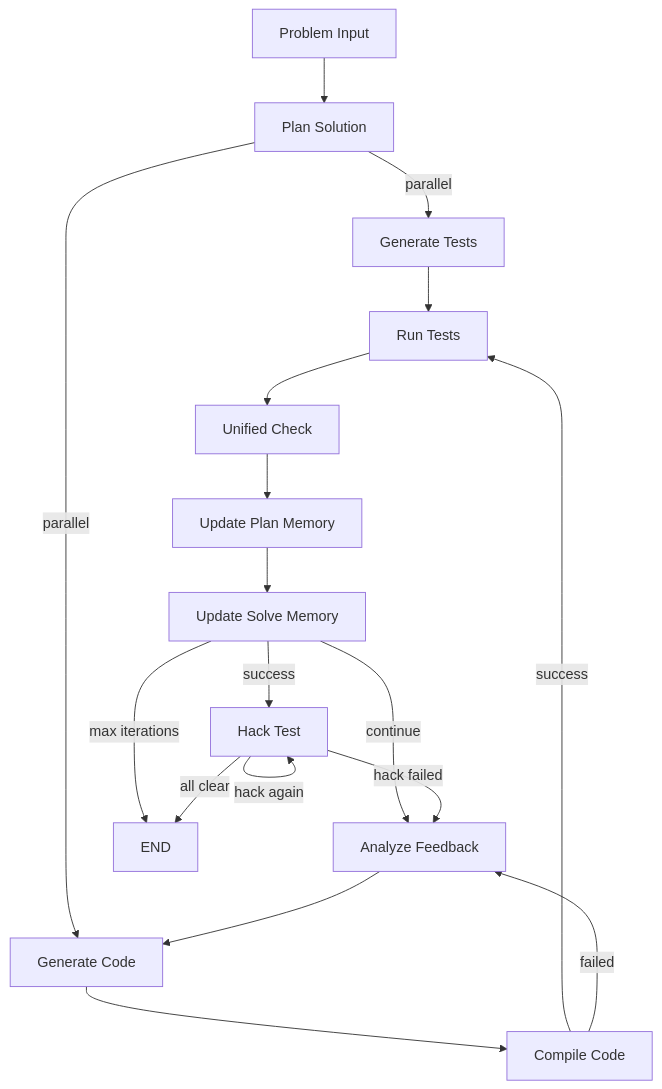
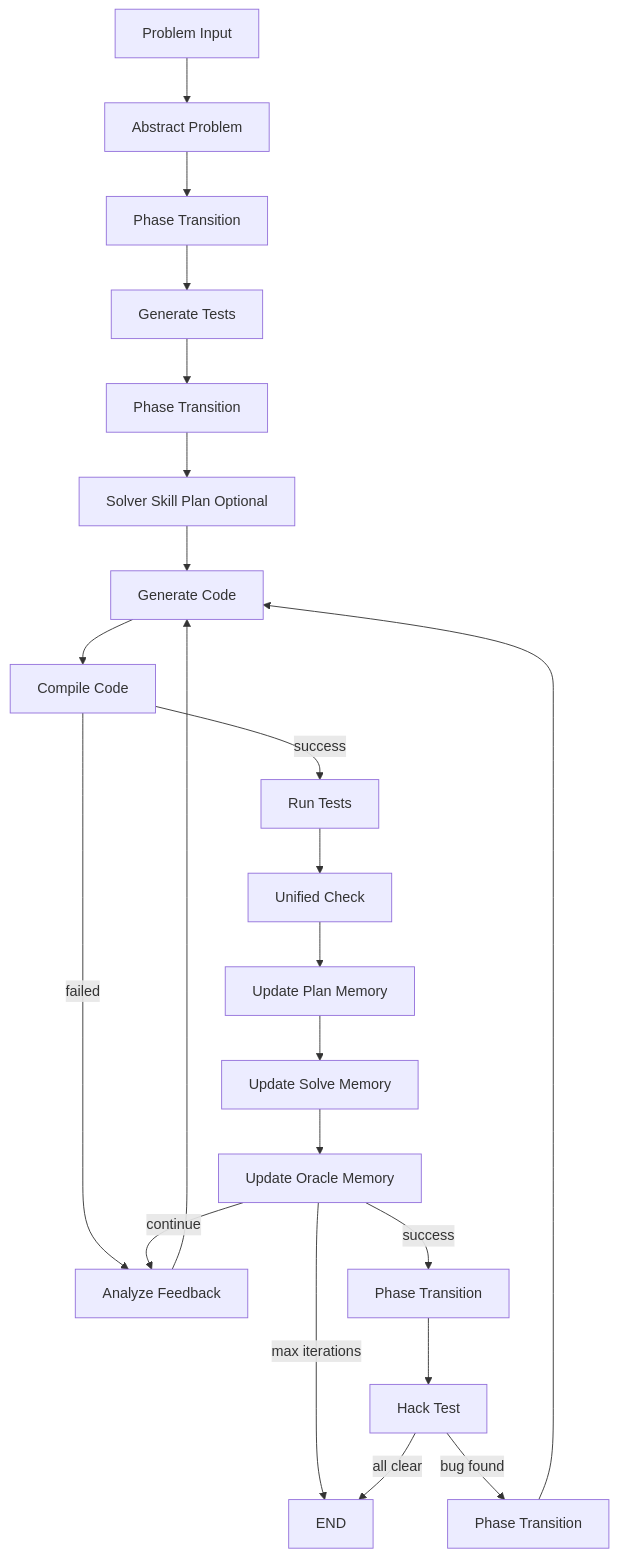
One commit to alvaroborras/Solvita changed the diagram in README.md. Above: the diagram before and after it, drawn with Mermaid. The commit also changed other lines of this file and 7 other files, not shown here.

````diff
--- a/README.md
+++ b/README.md
@@ -63,20 +63,24 @@
 ```mermaid
 graph TD
-    A[Problem Input] --> B[Plan Solution]
-    B -->|parallel| C[Generate Tests]
-    B -->|parallel| D[Generate Code]
-    D --> E[Compile Code]
-    E -->|success| F[Run Tests]
-    E -->|failed| I
-    C --> F
-    F --> G[Unified Check]
-    G --> H1[Update Plan Memory]
-    H1 --> H2[Update Solve Memory]
-    H2 -->|success| HT[Hack Test]
-    H2 -->|continue| I[Analyze Feedback]
-    H2 -->|max iterations| Z[END]
-    HT -->|hack again| HT
-    HT -->|hack failed| I
-    HT -->|all clear| Z
-    I --> D
+    A[Problem Input] --> B[Abstract Problem]
+    B --> C[Phase Transition]
+    C --> D[Generate Tests]
+    D --> E[Phase Transition]
+    E --> F[Solver Skill Plan Optional]
+    F --> G[Generate Code]
+    G --> H[Compile Code]
+    H -->|success| I[Run Tests]
+    H -->|failed| N[Analyze Feedback]
+    I --> J[Unified Check]
+    J --> K1[Update Plan Memory]
+    K1 --> K2[Update Solve Memory]
+    K2 --> K3[Update Oracle Memory]
+    K3 -->|continue| N
+    K3 -->|success| L[Phase Transition]
+    K3 -->|max iterations| Z[END]
+    N --> G
+    L --> M[Hack Test]
+    M -->|all clear| Z
+    M -->|bug found| O[Phase Transition]
+    O --> G
 ```
````
